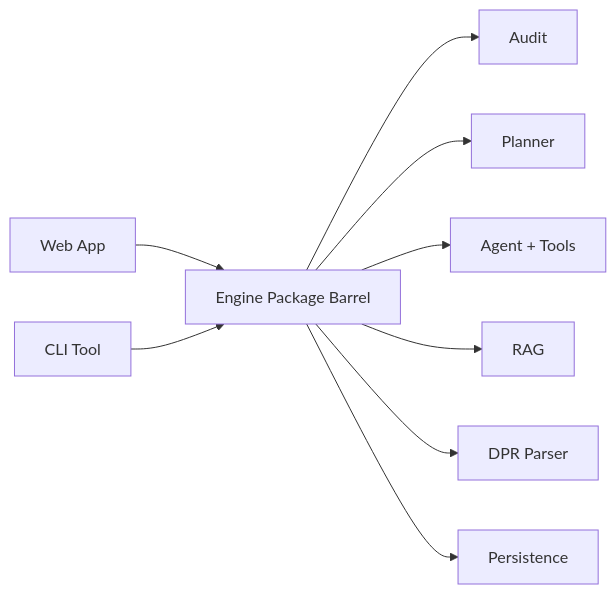
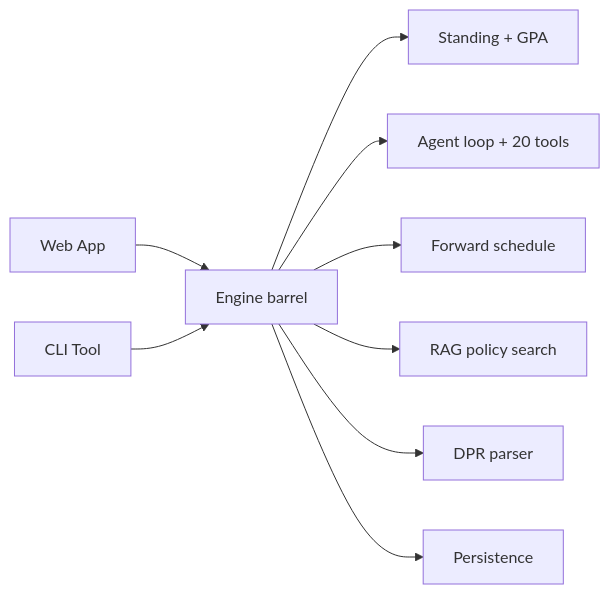
Before and after one commit to EdoardoMongardi/NYU_Path: the diagram in Docs/current-system/engine/engine-package-index.md, drawn with Mermaid. The commit also changed other lines of this file and 73 other files, not shown here.

````diff
--- a/Docs/current-system/engine/engine-package-index.md
+++ b/Docs/current-system/engine/engine-package-index.md
@@ -7,11 +9,11 @@
 ```mermaid
 flowchart LR
-    Web[Web App] --> Barrel[Engine Package Barrel]
+    Web[Web App] --> Barrel[Engine barrel]
     CLI[CLI Tool] --> Barrel
-    Barrel --> Audit[Audit]
-    Barrel --> Planner[Planner]
-    Barrel --> Agent[Agent + Tools]
-    Barrel --> RAG[RAG]
-    Barrel --> DPR[DPR Parser]
+    Barrel --> Standing[Standing + GPA]
+    Barrel --> Agent[Agent loop + 20 tools]
+    Barrel --> Planner[Forward schedule]
+    Barrel --> RAG[RAG policy search]
+    Barrel --> DPR[DPR parser]
     Barrel --> Store[Persistence]
 ```
````
